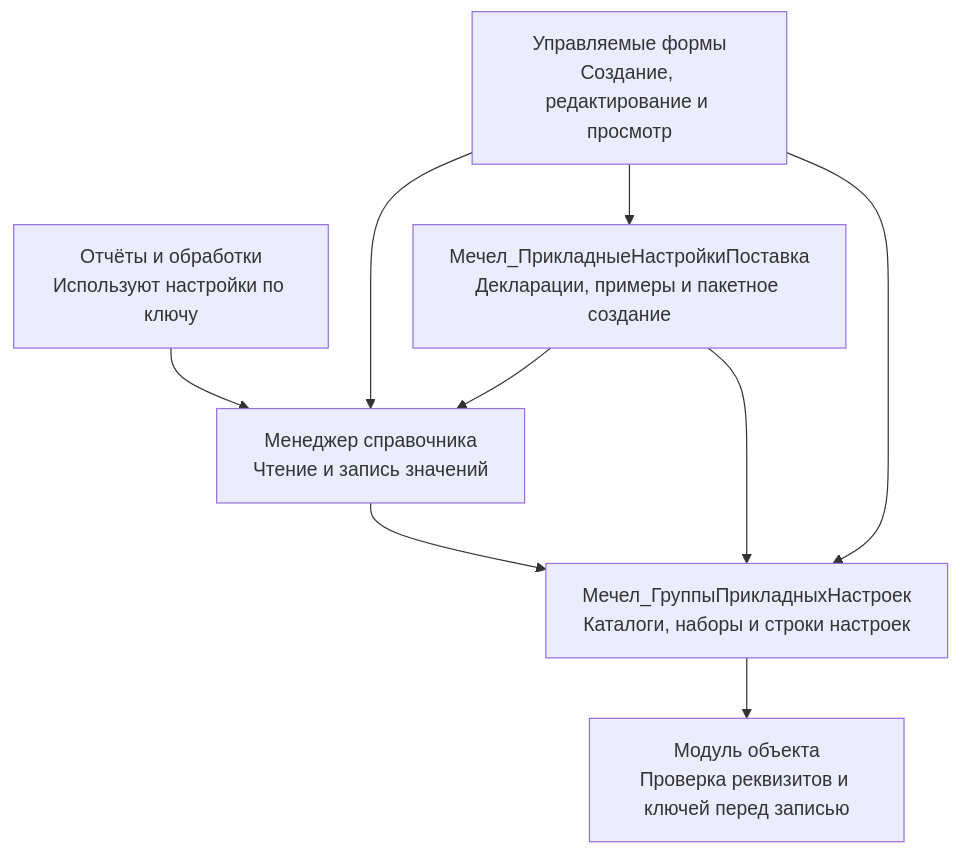
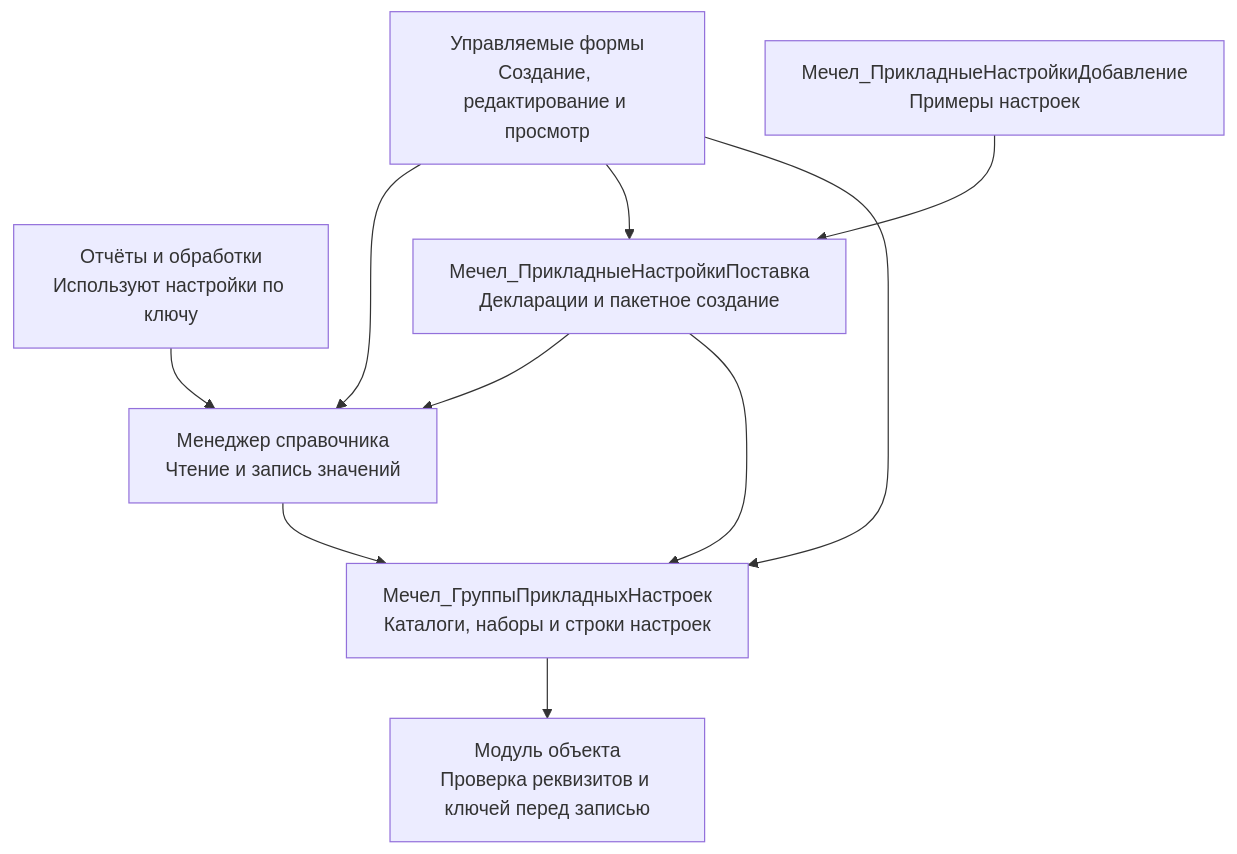
The diagram in Константы/README.md (nagaitseff/temp), drawn with Mermaid before and after one commit. The commit also changed other lines of this file and 10 other files, not shown here.

````diff
--- a/Константы/README.md
+++ b/Константы/README.md
@@ -5,17 +5,18 @@
 ```mermaid
 flowchart TD
     UI["Управляемые формы<br/>Создание, редактирование и просмотр"]
     APP["Отчёты и обработки<br/>Используют настройки по ключу"]
-    SUPPLY["Мечел_ПрикладныеНастройкиПоставка<br/>Декларации, примеры и пакетное создание"]
+    SUPPLY["Мечел_ПрикладныеНастройкиПоставка<br/>Декларации и пакетное создание"]
     MANAGER["Менеджер справочника<br/>Чтение и запись значений"]
     DATA["Мечел_ГруппыПрикладныхНастроек<br/>Каталоги, наборы и строки настроек"]
     OBJECT["Модуль объекта<br/>Проверка реквизитов и ключей перед записью"]
     UI --> MANAGER
     UI --> SUPPLY
     UI --> DATA
     APP --> MANAGER
+    EXAMPLES["Мечел_ПрикладныеНастройкиДобавление<br/>Примеры настроек"] --> SUPPLY
     SUPPLY --> MANAGER
     SUPPLY --> DATA
     MANAGER --> DATA
     DATA --> OBJECT
 ```
````
